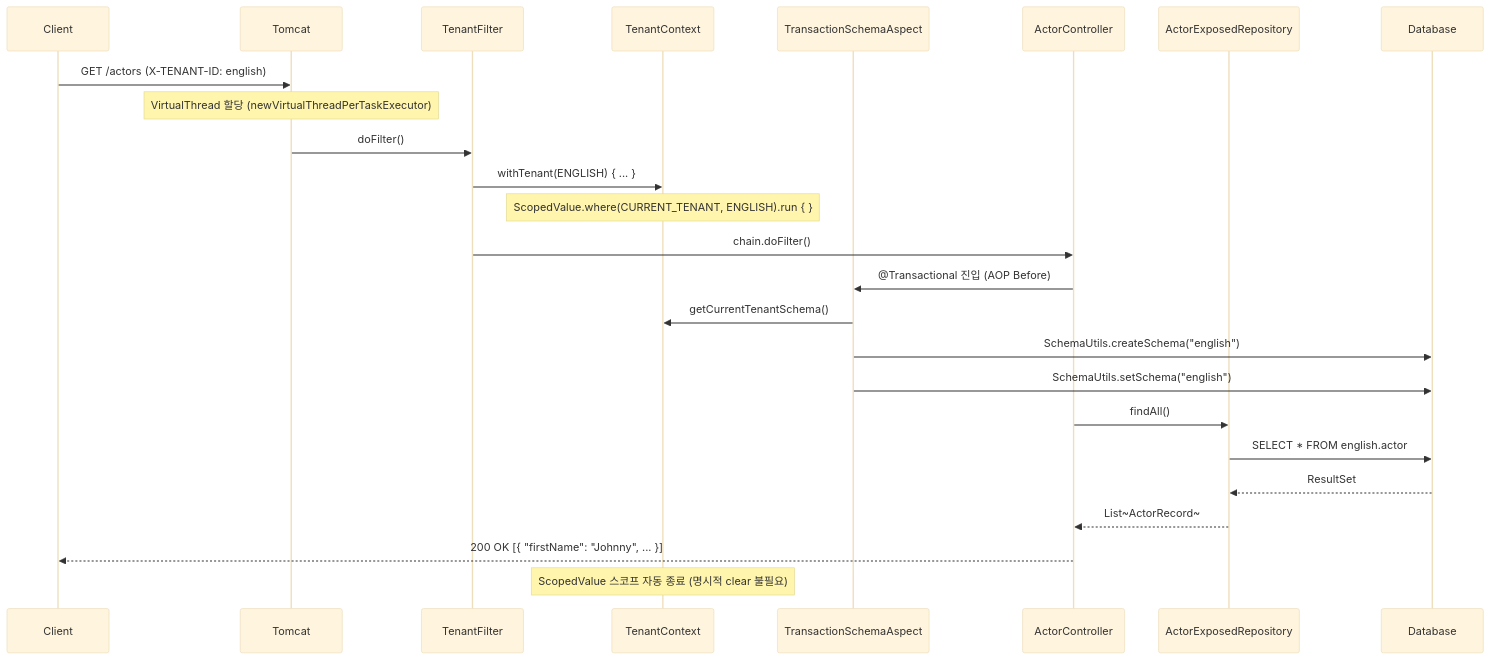
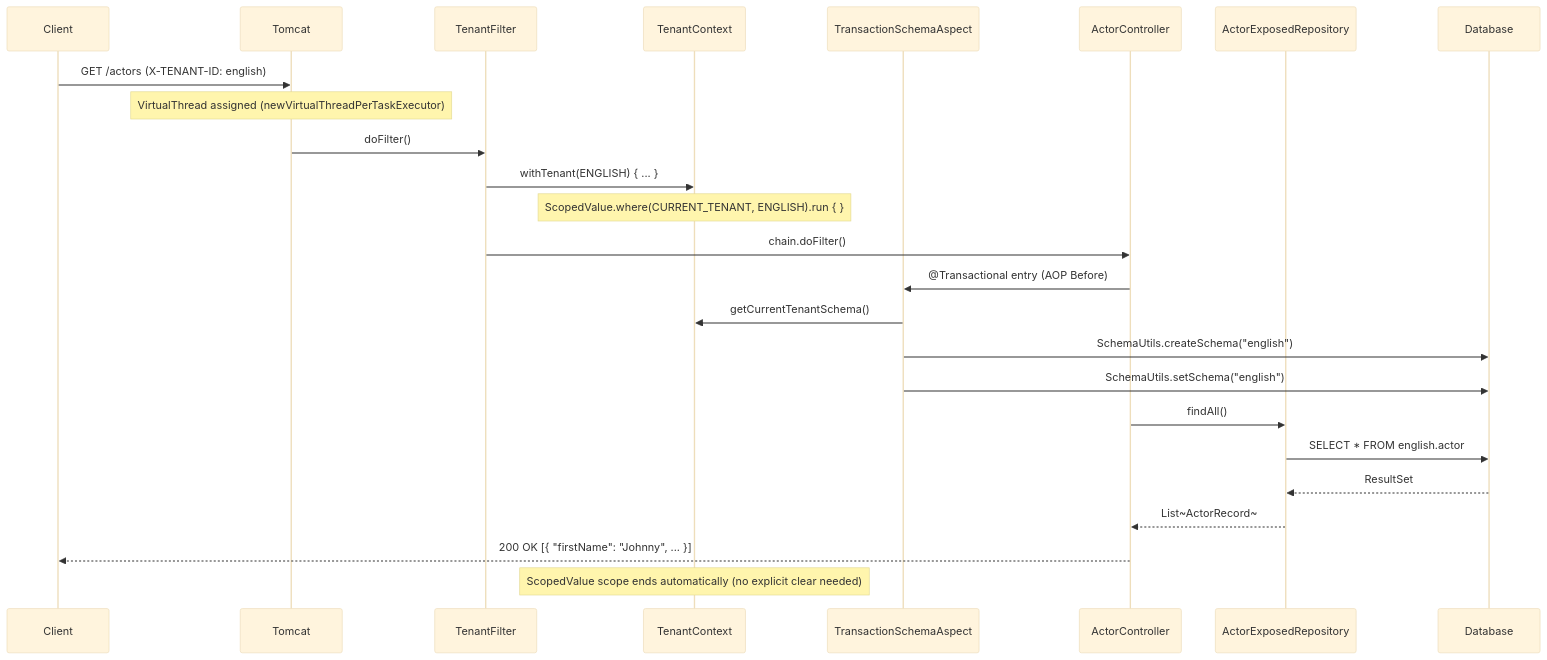
The fourth of 4 diagrams in 10-multi-tenant/02-multitenant-spring-web-virtualthread/README.md (bluetape4k/exposed-workshop), drawn with Mermaid (base theme) before and after one commit. The commit also changed other lines of this file and 115 other files, not shown here.

````diff
--- a/10-multi-tenant/02-multitenant-spring-web-virtualthread/README.md
+++ b/10-multi-tenant/02-multitenant-spring-web-virtualthread/README.md
@@ -173,32 +173,32 @@
 ```mermaid
 sequenceDiagram
     participant Client
     participant Tomcat
     participant TenantFilter
     participant TenantContext
     participant TransactionSchemaAspect
     participant ActorController
     participant ActorExposedRepository
     participant Database
 
     Client->>Tomcat: GET /actors (X-TENANT-ID: english)
-    Note over Tomcat: VirtualThread 할당 (newVirtualThreadPerTaskExecutor)
+    Note over Tomcat: VirtualThread assigned (newVirtualThreadPerTaskExecutor)
 
     Tomcat->>TenantFilter: doFilter()
     TenantFilter->>TenantContext: withTenant(ENGLISH) { ... }
     Note over TenantContext: ScopedValue.where(CURRENT_TENANT, ENGLISH).run { }
 
     TenantFilter->>ActorController: chain.doFilter()
-    ActorController->>TransactionSchemaAspect: @Transactional 진입 (AOP Before)
+    ActorController->>TransactionSchemaAspect: @Transactional entry (AOP Before)
     TransactionSchemaAspect->>TenantContext: getCurrentTenantSchema()
     TransactionSchemaAspect->>Database: SchemaUtils.createSchema("english")
     TransactionSchemaAspect->>Database: SchemaUtils.setSchema("english")
 
     ActorController->>ActorExposedRepository: findAll()
     ActorExposedRepository->>Database: SELECT * FROM english.actor
     Database-->>ActorExposedRepository: ResultSet
     ActorExposedRepository-->>ActorController: List~ActorRecord~
     ActorController-->>Client: 200 OK [{ "firstName": "Johnny", ... }]
 
-    Note over TenantContext: ScopedValue 스코프 자동 종료 (명시적 clear 불필요)
+    Note over TenantContext: ScopedValue scope ends automatically (no explicit clear needed)
 ```
````
